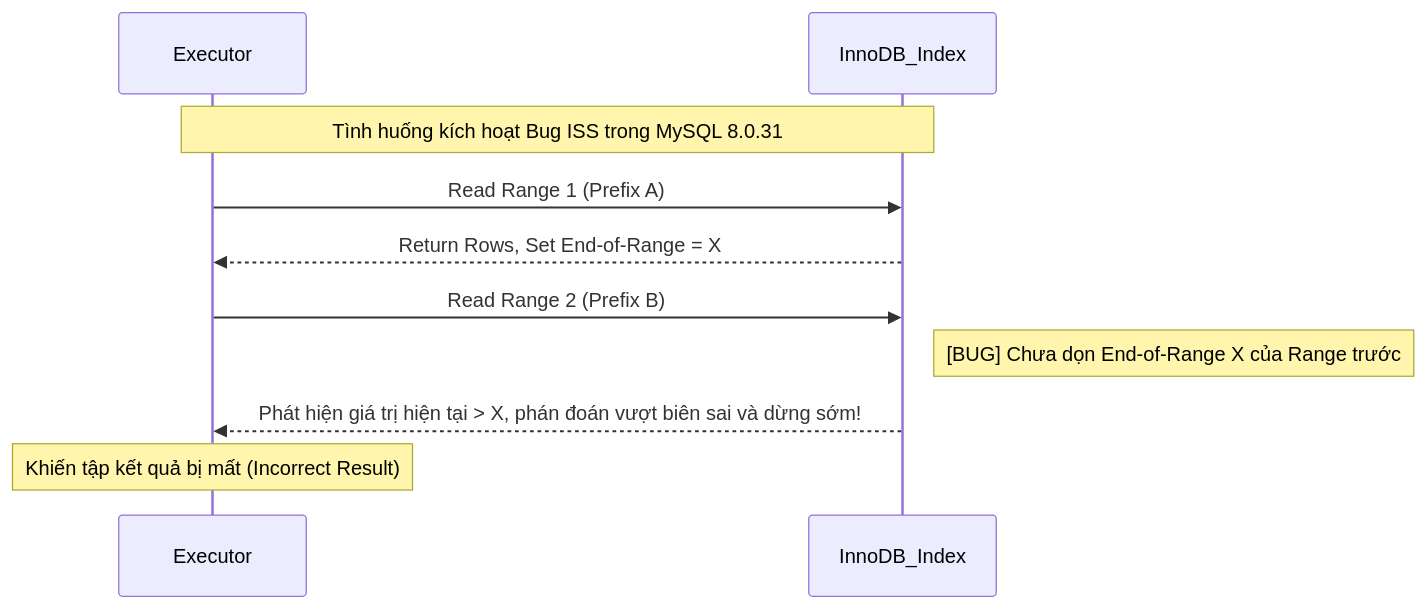
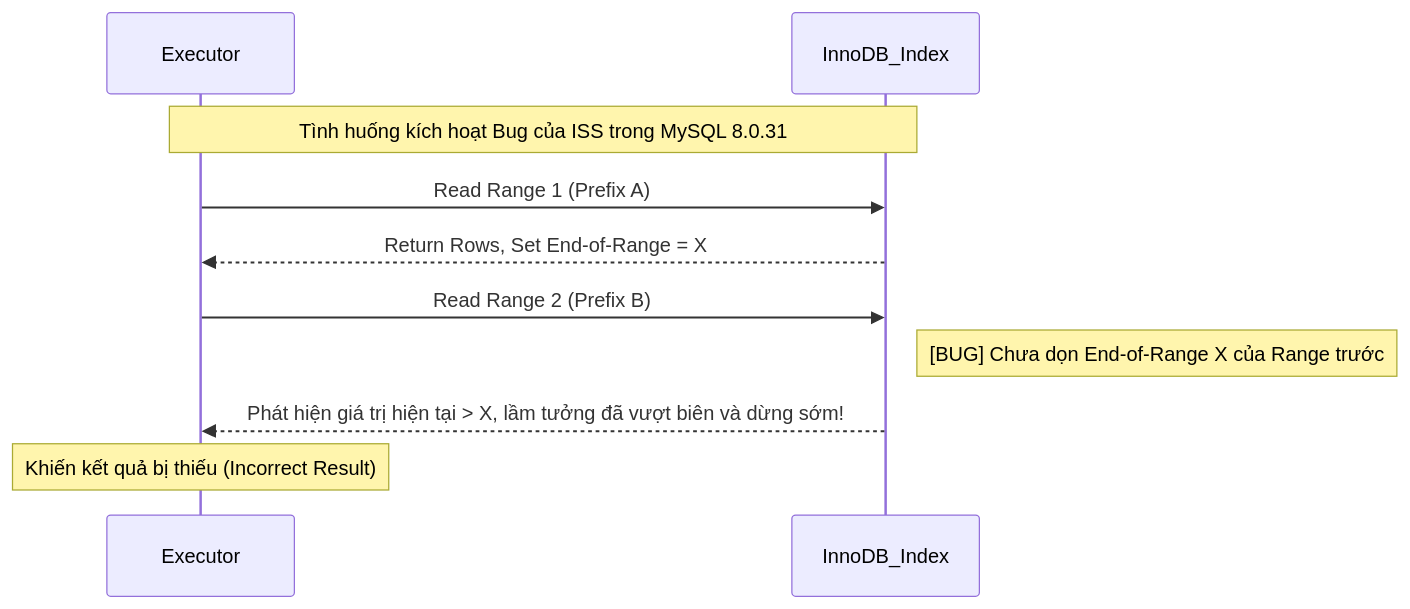
Before and after one commit to vandunxg/JavaGuide: the diagram in vi/database/mysql/mysql-index-invalidation.md, drawn with Mermaid. The commit also changed other lines of this file and 50 other files, not shown here.

````diff
--- a/vi/database/mysql/mysql-index-invalidation.md
+++ b/vi/database/mysql/mysql-index-invalidation.md
@@ -40,13 +40,13 @@
 ```mermaid
 sequenceDiagram
     participant Executor
     participant InnoDB_Index
 
-    Note over Executor, InnoDB_Index: Tình huống kích hoạt Bug ISS trong MySQL 8.0.31
+    Note over Executor, InnoDB_Index: Tình huống kích hoạt Bug của ISS trong MySQL 8.0.31
     Executor->>InnoDB_Index: Read Range 1 (Prefix A)
     InnoDB_Index-->>Executor: Return Rows, Set End-of-Range = X
     Executor->>InnoDB_Index: Read Range 2 (Prefix B)
     Note right of InnoDB_Index: [BUG] Chưa dọn End-of-Range X của Range trước
-    InnoDB_Index-->>Executor: Phát hiện giá trị hiện tại > X, phán đoán vượt biên sai và dừng sớm!
-    Note over Executor: Khiến tập kết quả bị mất (Incorrect Result)
+    InnoDB_Index-->>Executor: Phát hiện giá trị hiện tại > X, lầm tưởng đã vượt biên và dừng sớm!
+    Note over Executor: Khiến kết quả bị thiếu (Incorrect Result)
 ```
````
